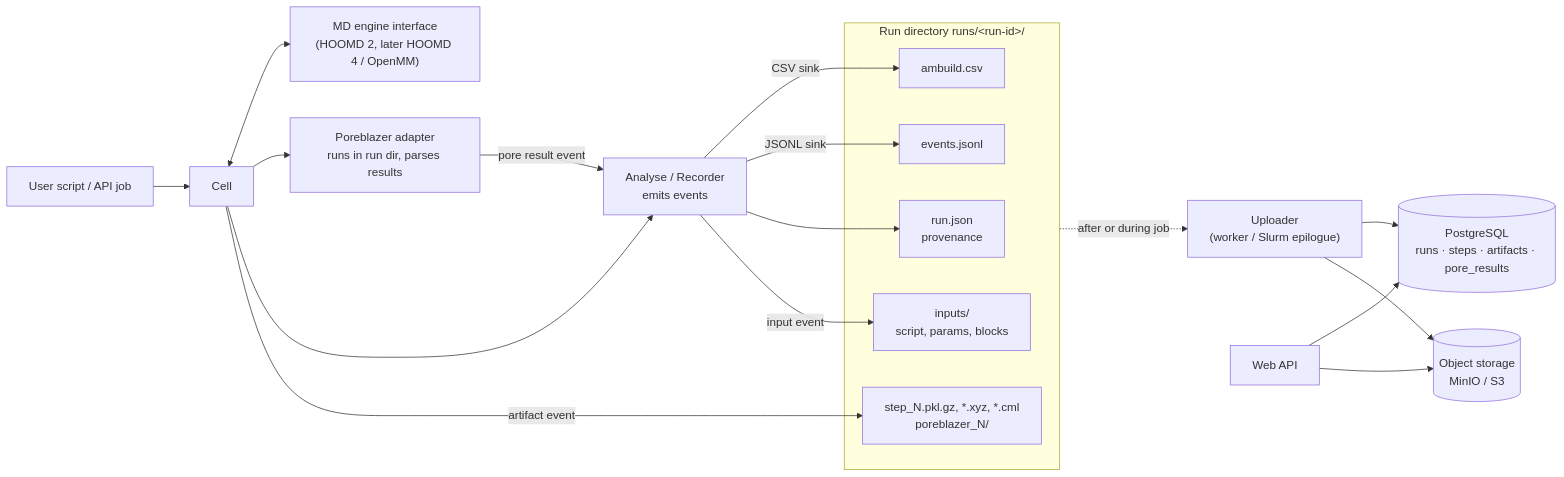
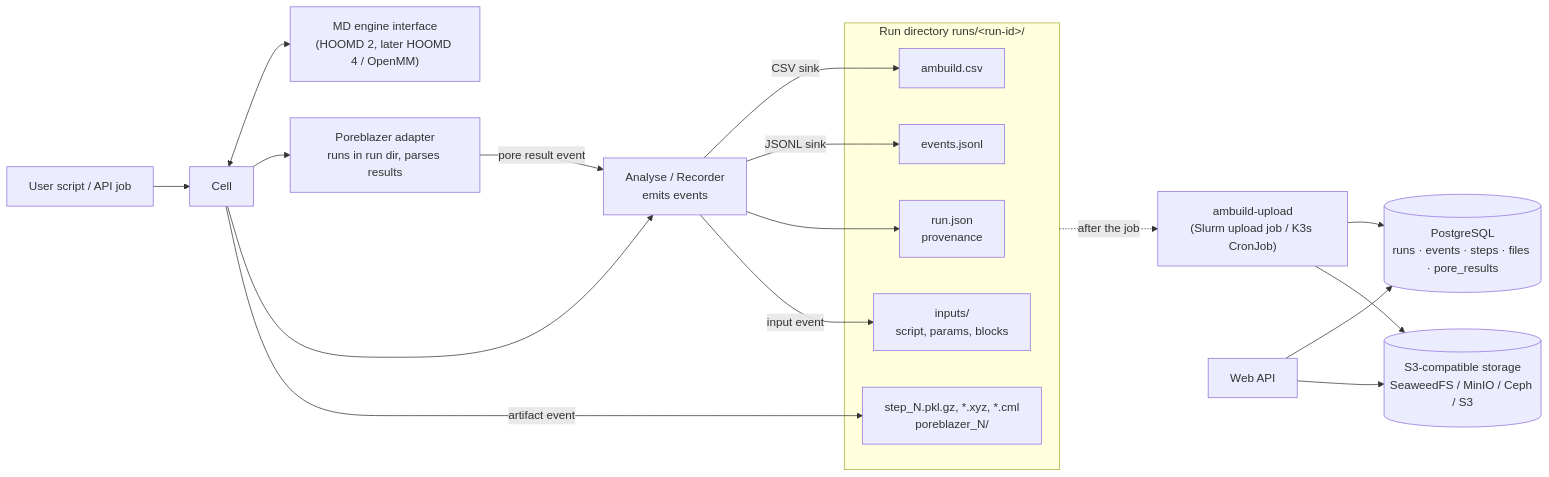
Before and after one commit to st7ma784/ambuild: the second of 3 diagrams in docs/architecture.md, drawn with Mermaid. The commit also changed other lines of this file and 37 other files, not shown here.

First line of the commit message:
Add ambuild-upload with Slurm and K3s deployment

````diff
--- a/docs/architecture.md
+++ b/docs/architecture.md
@@ -47,28 +48,28 @@
 ```mermaid
 flowchart LR
     script["User script / API job"] --> cell["Cell"]
     cell <--> md["MD engine interface<br/>(HOOMD 2, later HOOMD 4 / OpenMM)"]
     cell --> pb["Poreblazer adapter<br/>runs in run dir, parses results"]
     cell --> rec["Analyse / Recorder<br/>emits events"]
     pb -- "pore result event" --> rec
 
     subgraph rundir["Run directory  runs/&lt;run-id&gt;/"]
         runjson["run.json<br/>provenance"]
         events["events.jsonl"]
         csv["ambuild.csv"]
         files["step_N.pkl.gz, *.xyz, *.cml<br/>poreblazer_N/"]
         inputs["inputs/<br/>script, params, blocks"]
     end
 
     rec -- "CSV sink" --> csv
     rec -- "JSONL sink" --> events
     rec --> runjson
     rec -- "input event" --> inputs
     cell -- "artifact event" --> files
 
-    rundir -. "after or during job" .-> up["Uploader<br/>(worker / Slurm epilogue)"]
-    up --> pg[("PostgreSQL<br/>runs · steps · artifacts · pore_results")]
-    up --> s3[("Object storage<br/>MinIO / S3")]
+    rundir -. "after the job" .-> up["ambuild-upload<br/>(Slurm upload job / K3s CronJob)"]
+    up --> pg[("PostgreSQL<br/>runs · events · steps · files · pore_results")]
+    up --> s3[("S3-compatible storage<br/>SeaweedFS / MinIO / Ceph / S3")]
     api["Web API"] --> pg
     api --> s3
 ```
````
